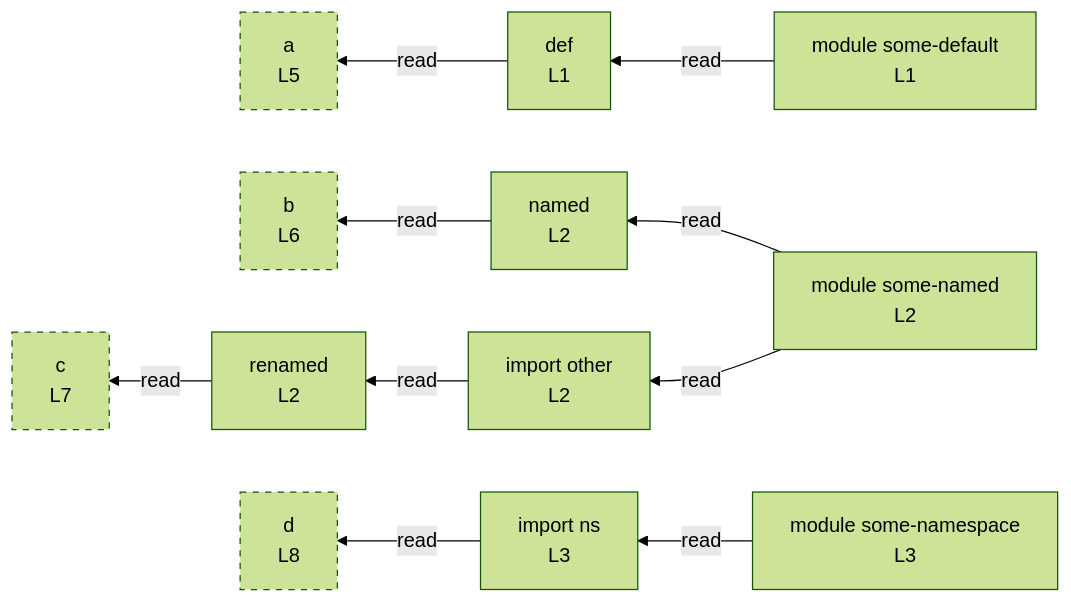
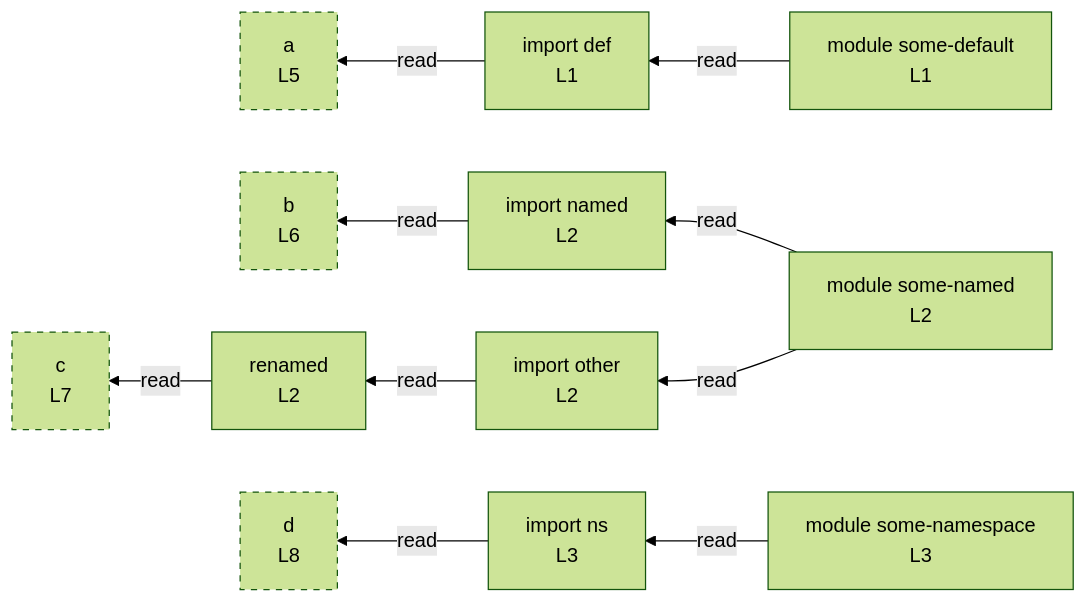
Before and after one commit to crescware/unsnarl: the diagram in integration/fixtures/imports/preview.md, drawn with Mermaid (forest theme). The commit also changed 7 other files, not shown here.

First line of the commit message:
fix(mermaid): restore 'import ' prefix on default and same-name named imports

````diff
--- a/integration/fixtures/imports/preview.md
+++ b/integration/fixtures/imports/preview.md
@@ -18,29 +18,29 @@
 ```mermaid
 flowchart RL
-  n_scope_0_def_7["def<br/>L1"]
-  n_scope_0_named_41["named<br/>L2"]
+  n_scope_0_def_7["import def<br/>L1"]
+  n_scope_0_named_41["import named<br/>L2"]
   n_scope_0_renamed_57["renamed<br/>L2"]
   n_scope_0_ns_98["import ns<br/>L3"]
   n_scope_0_a_131["a<br/>L5"]
   n_scope_0_b_146["b<br/>L6"]
   n_scope_0_c_163["c<br/>L7"]
   n_scope_0_d_182["d<br/>L8"]
   n_scope_0_def_7 -->|read| n_scope_0_a_131
   n_scope_0_named_41 -->|read| n_scope_0_b_146
   n_scope_0_renamed_57 -->|read| n_scope_0_c_163
   n_scope_0_ns_98 -->|read| n_scope_0_d_182
   mod_some_default["module some-default<br/>L1"]
   mod_some_named["module some-named<br/>L2"]
   mod_some_namespace["module some-namespace<br/>L3"]
   import_some_named__other["import other<br/>L2"]
   mod_some_default -->|read| n_scope_0_def_7
   mod_some_named -->|read| n_scope_0_named_41
   mod_some_named -->|read| import_some_named__other
   import_some_named__other -->|read| n_scope_0_renamed_57
   mod_some_namespace -->|read| n_scope_0_ns_98
   classDef unused stroke-dasharray: 5 5;
   class n_scope_0_a_131 unused;
   class n_scope_0_b_146 unused;
   class n_scope_0_c_163 unused;
   class n_scope_0_d_182 unused;
 ```
````
